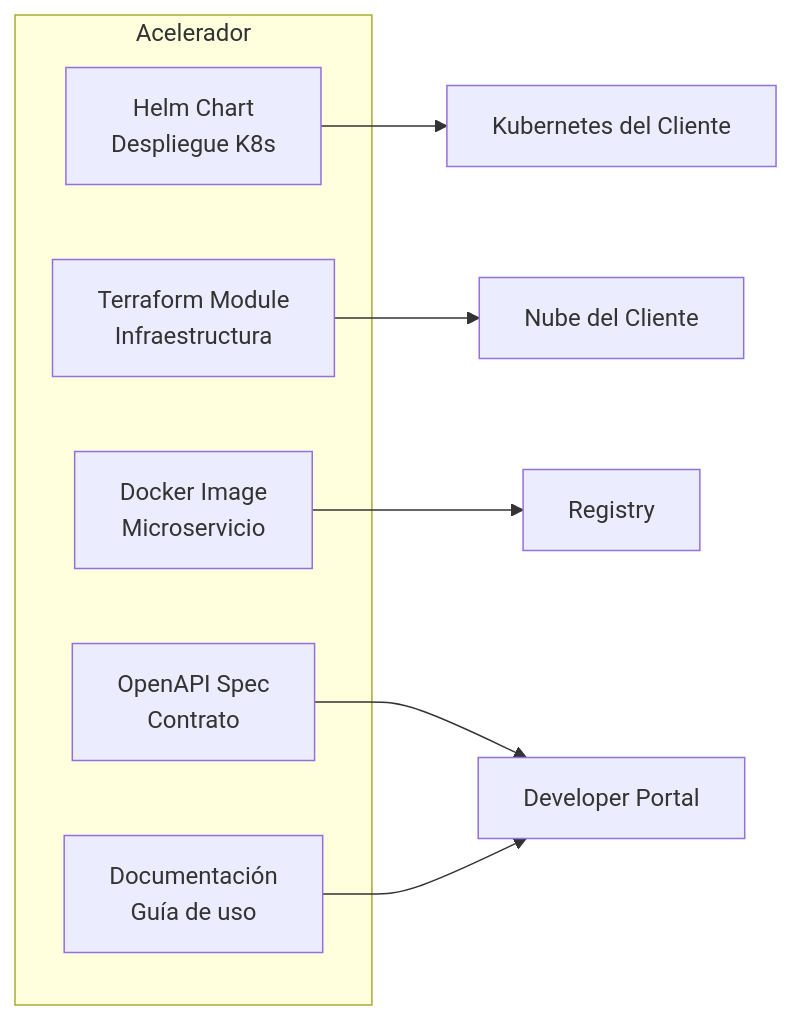
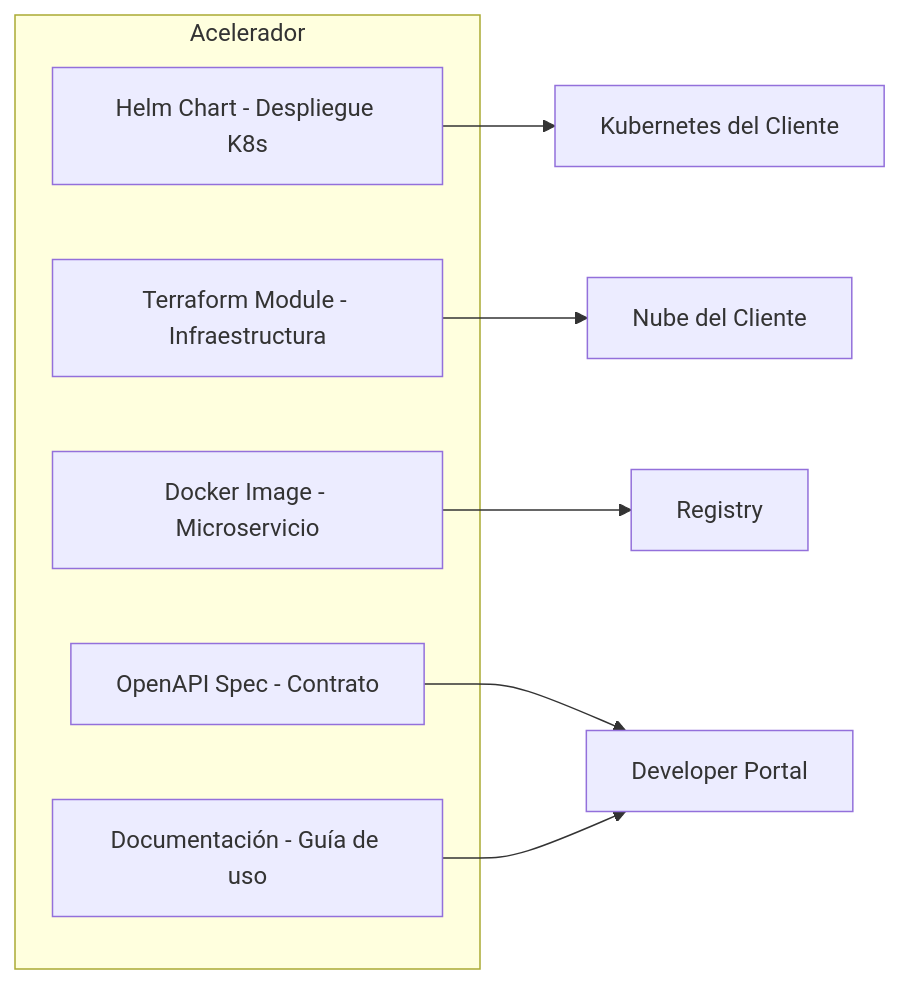
One commit to somospragma/integration-consent-manager changed the first of 5 diagrams in docs/proposals/proposal-lite.md. Above: the diagram before and after it, drawn with Mermaid. The commit also changed other lines of this file and 9 other files, not shown here.

Commit message:
fix: corregir diagramas Mermaid - quitar paréntesis y \n incompatibles con GitHub

````diff
--- a/docs/proposals/proposal-lite.md
+++ b/docs/proposals/proposal-lite.md
@@ -13,16 +13,16 @@
 ```mermaid
 graph LR
     subgraph "Acelerador"
-        HC[Helm Chart\nDespliegue K8s]
-        TF[Terraform Module\nInfraestructura]
-        DI[Docker Image\nMicroservicio]
-        OA[OpenAPI Spec\nContrato]
-        DOC[Documentación\nGuía de uso]
+        HC[Helm Chart - Despliegue K8s]
+        TF[Terraform Module - Infraestructura]
+        DI[Docker Image - Microservicio]
+        OA[OpenAPI Spec - Contrato]
+        DOC[Documentación - Guía de uso]
     end
 
     HC --> K8S[Kubernetes del Cliente]
     TF --> CLOUD[Nube del Cliente]
     DI --> REG[Registry]
     OA --> PORTAL[Developer Portal]
     DOC --> PORTAL
 ```
````
